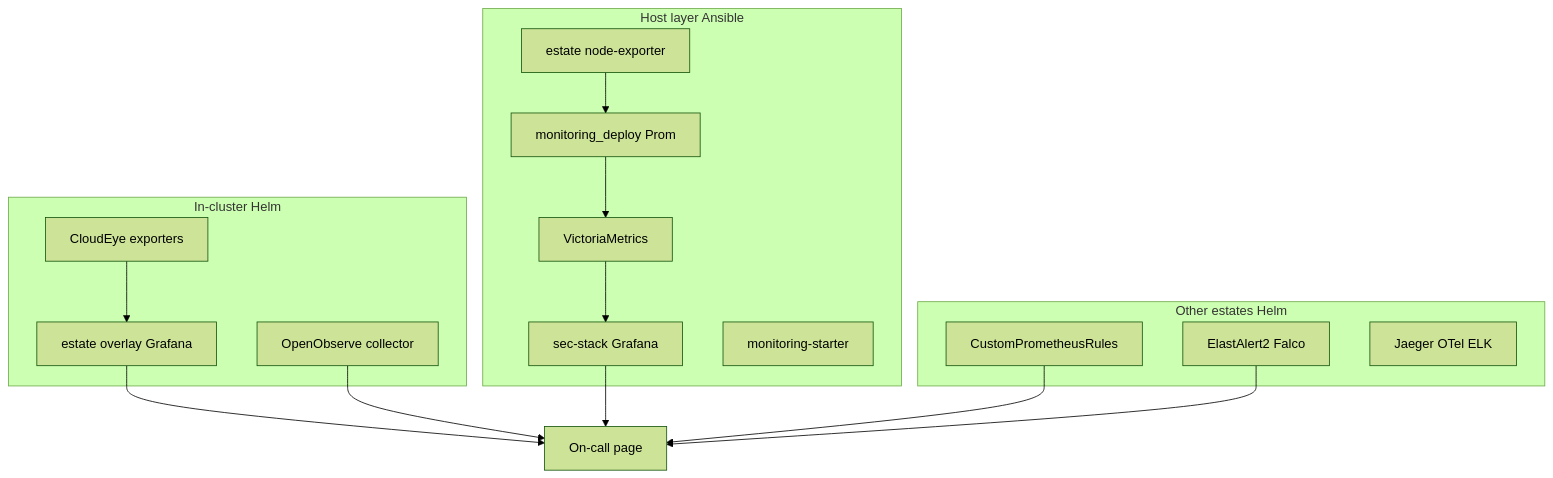
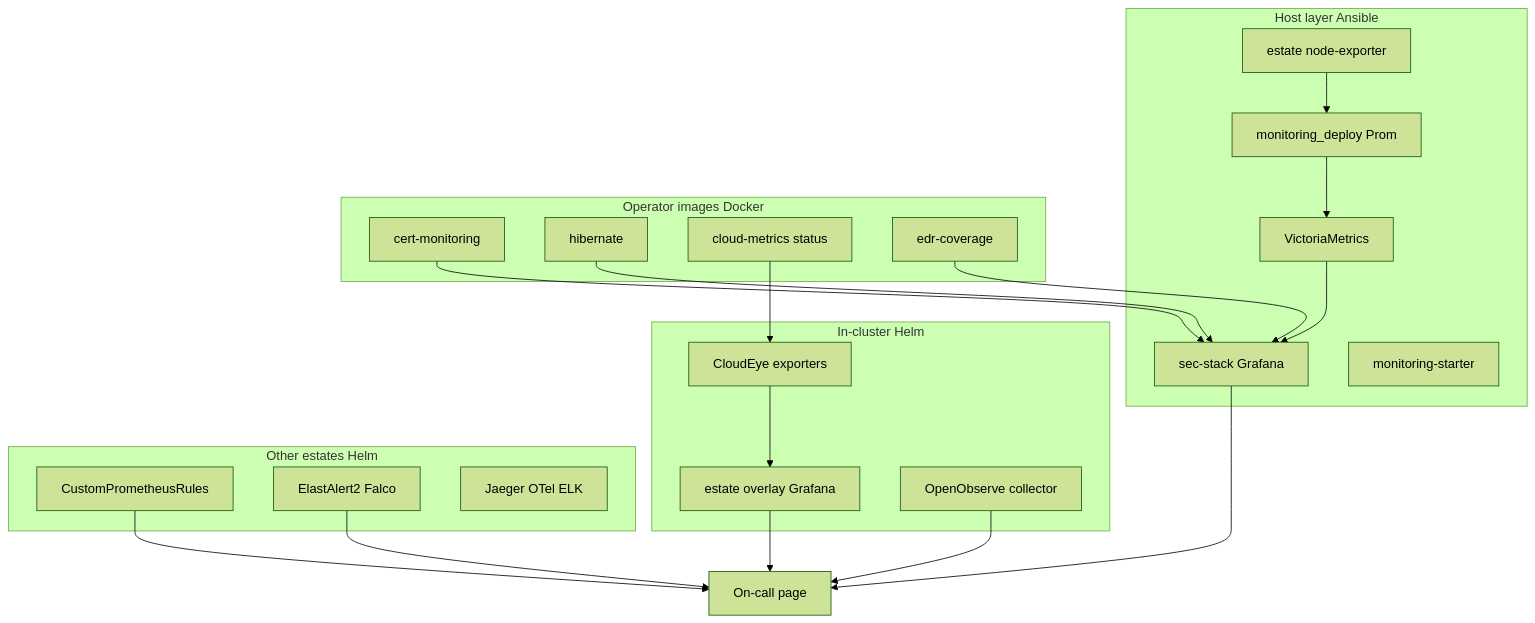
Before and after one commit to NarberallGamma/narberall-platform-engineer-lab: the diagram in docs/sre/README.md, drawn with Mermaid (forest theme). The commit also changed 26 other files, not shown here.

Commit message:
Make the public lab hunt-ready: shorter README, redacted chat ID, current diagrams.

````diff
--- a/docs/sre/README.md
+++ b/docs/sre/README.md
@@ -15,29 +15,39 @@
 ```mermaid
 flowchart TB
   subgraph host [Host layer Ansible]
     Prom[monitoring_deploy Prom]
     VM[VictoriaMetrics]
     HG[sec-stack Grafana]
     NE[estate node-exporter]
     Sar[monitoring-starter]
+  end
+  subgraph images [Operator images Docker]
+    Cert[cert-monitoring]
+    Hib[hibernate]
+    Eye[cloud-metrics status]
+    EDR[edr-coverage]
   end
   subgraph cluster [In-cluster Helm]
     Ov[estate overlay Grafana]
     CE[CloudEye exporters]
     OO[OpenObserve collector]
   end
   subgraph addons [Other estates Helm]
     PR[CustomPrometheusRules]
     EA[ElastAlert2 Falco]
     JK[Jaeger OTel ELK]
   end
   Prom --> VM
   VM --> HG
   NE --> Prom
+  Cert --> HG
+  Hib --> HG
+  Eye --> CE
+  EDR --> HG
   Ov --> Oncall[On-call page]
   CE --> Ov
   OO --> Oncall
   HG --> Oncall
   PR --> Oncall
   EA --> Oncall
 ```
````
